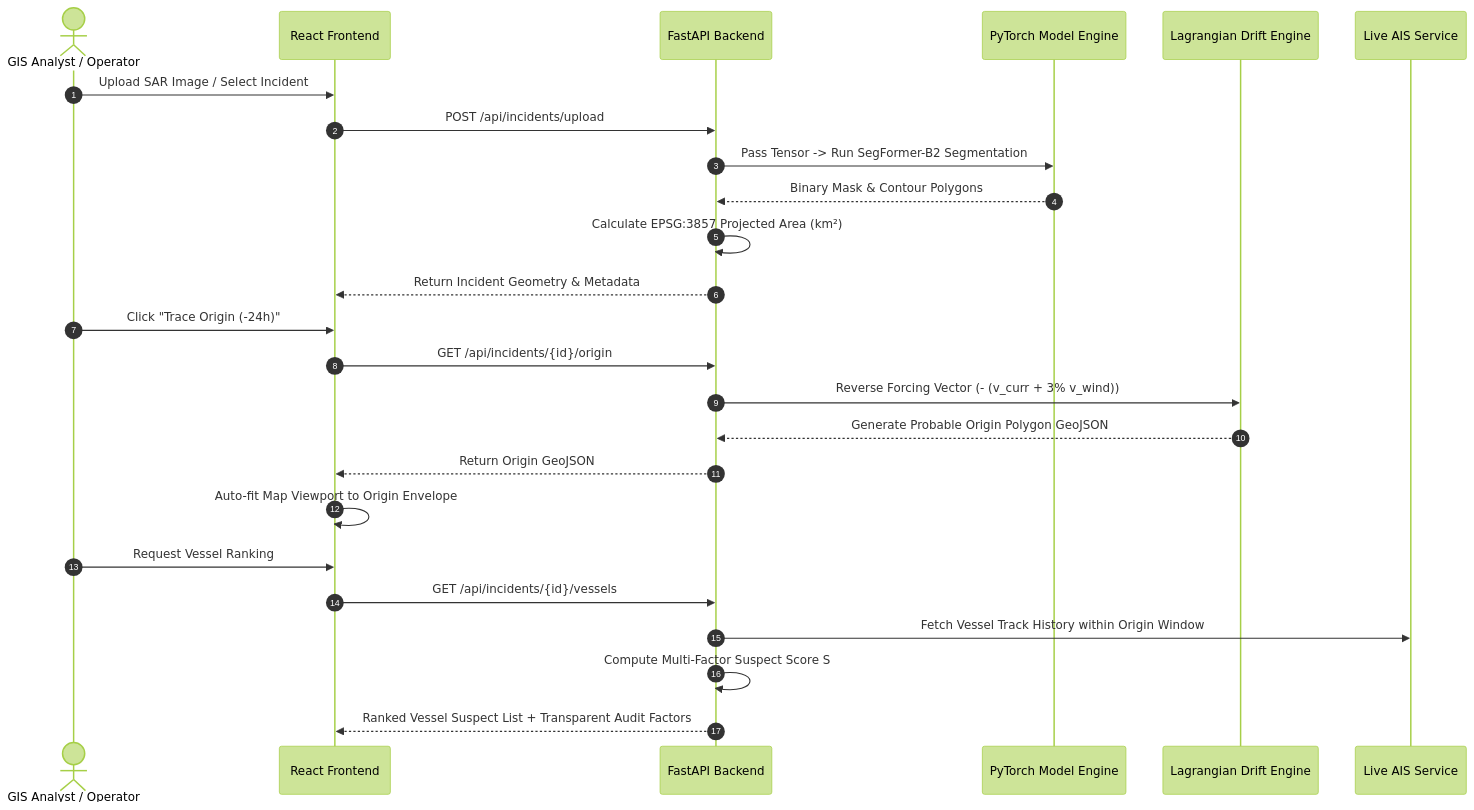
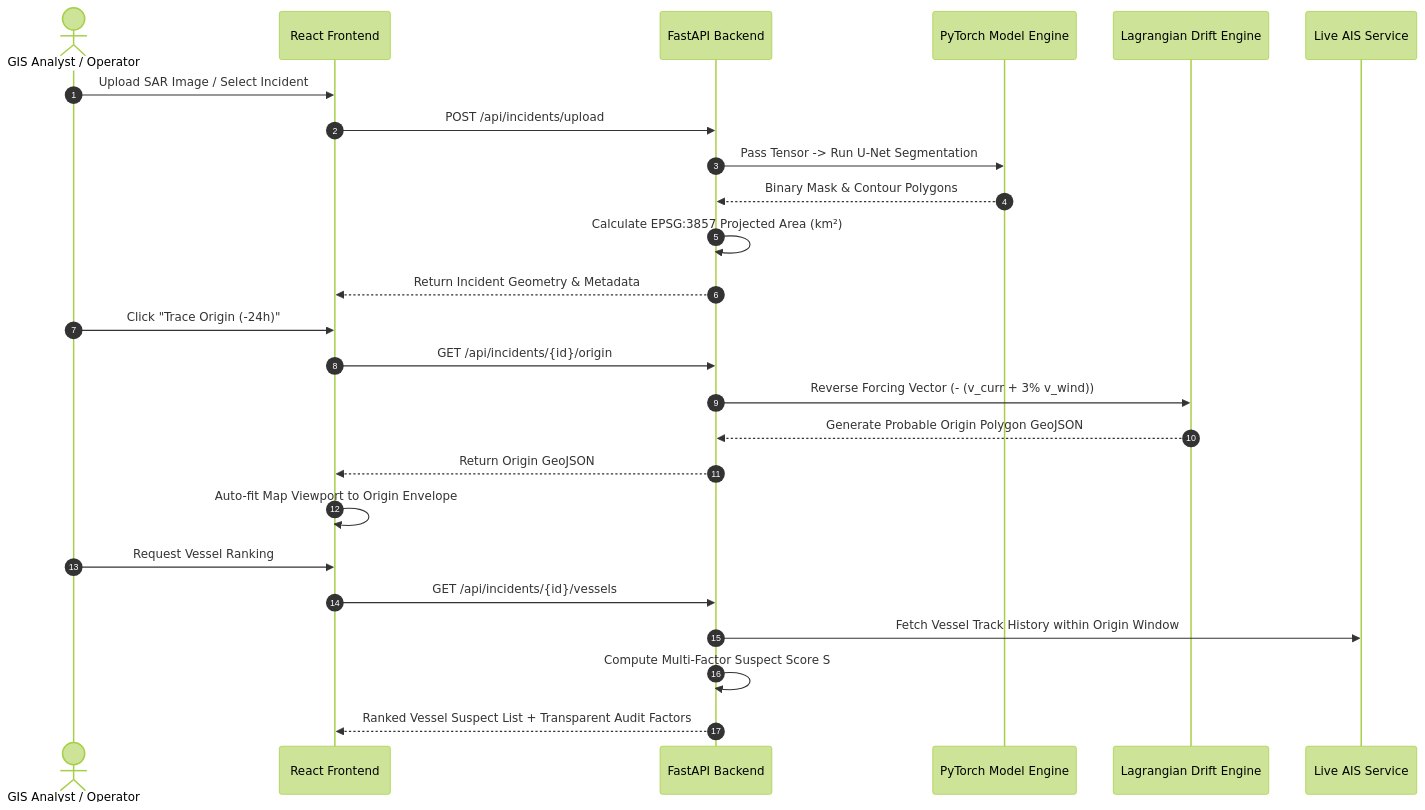
The second of 4 diagrams in README.md (basic30/sagar-netra), drawn with Mermaid (forest theme) before and after one commit. The commit also changed other lines of this file and 4 other files, not shown here.

````diff
--- a/README.md
+++ b/README.md
@@ -90,30 +90,30 @@
 ```mermaid
 sequenceDiagram
     autonumber
     actor Operator as GIS Analyst / Operator
     participant FE as React Frontend
     participant BE as FastAPI Backend
     participant ML as PyTorch Model Engine
     participant Physics as Lagrangian Drift Engine
     participant AIS as Live AIS Service
 
     Operator->>FE: Upload SAR Image / Select Incident
     FE->>BE: POST /api/incidents/upload
-    BE->>ML: Pass Tensor -> Run SegFormer-B2 Segmentation
+    BE->>ML: Pass Tensor -> Run U-Net Segmentation
     ML-->>BE: Binary Mask & Contour Polygons
     BE->>BE: Calculate EPSG:3857 Projected Area (km²)
     BE-->>FE: Return Incident Geometry & Metadata
 
     Operator->>FE: Click "Trace Origin (-24h)"
     FE->>BE: GET /api/incidents/{id}/origin
     BE->>Physics: Reverse Forcing Vector (- (v_curr + 3% v_wind))
     Physics-->>BE: Generate Probable Origin Polygon GeoJSON
     BE-->>FE: Return Origin GeoJSON
     FE->>FE: Auto-fit Map Viewport to Origin Envelope
 
     Operator->>FE: Request Vessel Ranking
     FE->>BE: GET /api/incidents/{id}/vessels
     BE->>AIS: Fetch Vessel Track History within Origin Window
     BE->>BE: Compute Multi-Factor Suspect Score S
     BE-->>FE: Ranked Vessel Suspect List + Transparent Audit Factors
 ```
````
